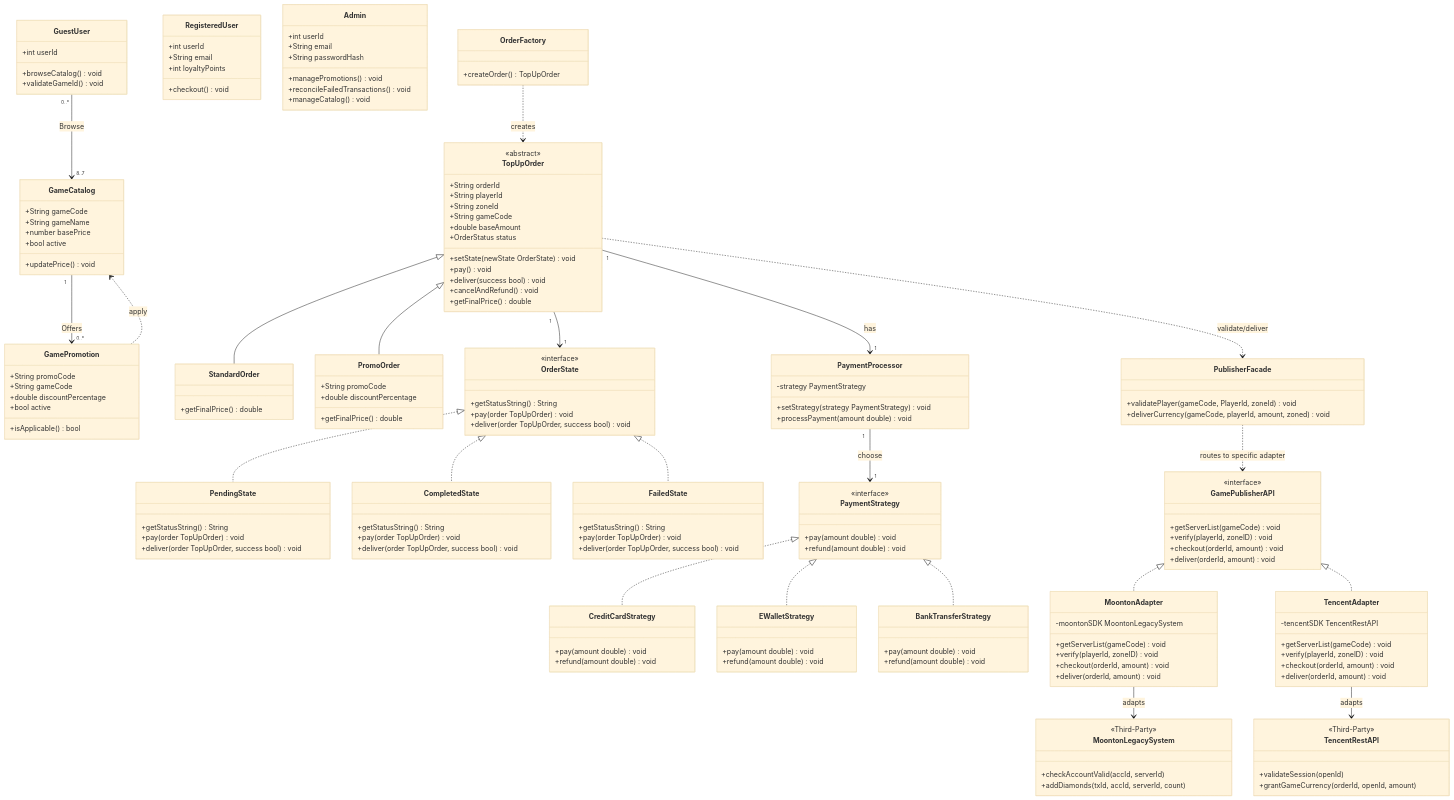
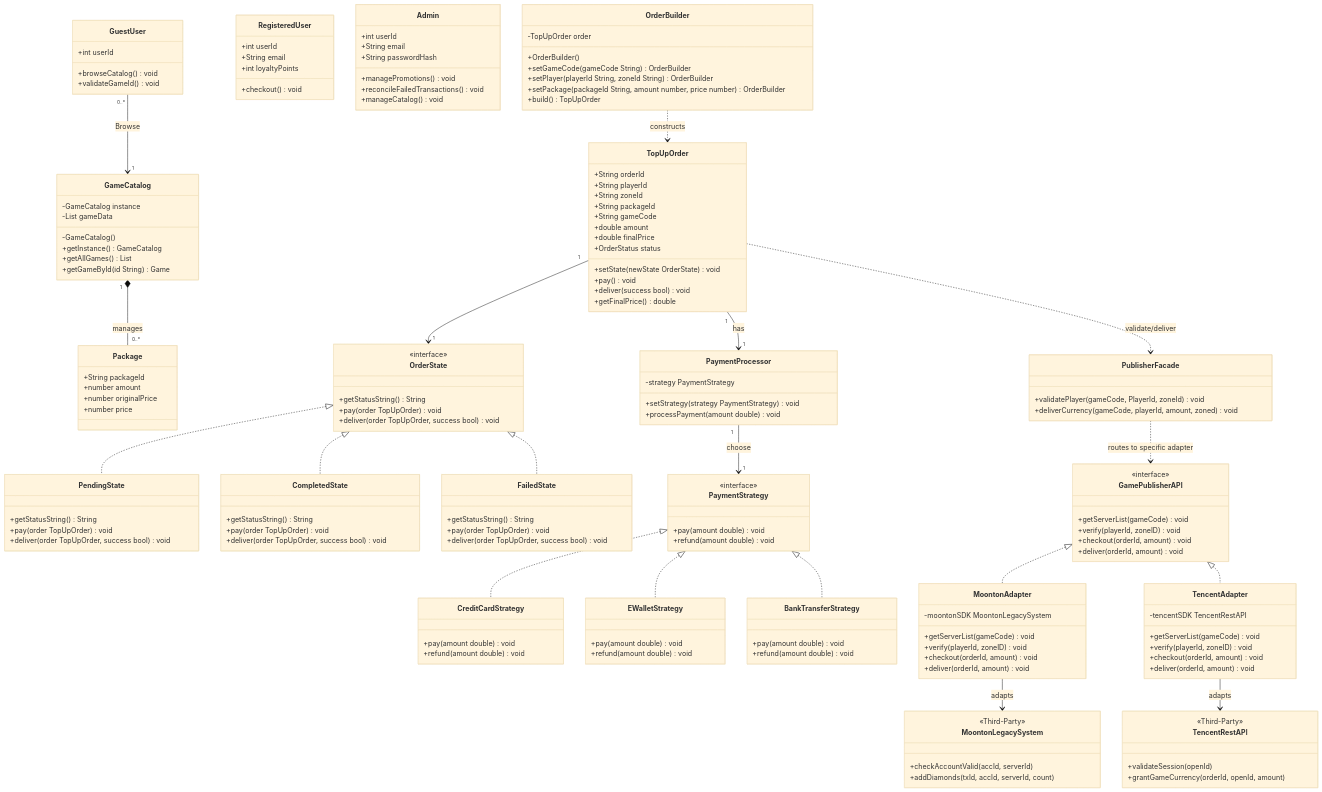
The second of 6 diagrams in Final_UniPin_SDD_Submission.md (ROS-RENDO/Unipin-Final), drawn with Mermaid (base theme) before and after one commit. The commit also changed other lines of this file, not shown here.

Commit message:
Update Final_UniPin_SDD_Submission.md with new Promo scope

```diff
--- a/Final_UniPin_SDD_Submission.md
+++ b/Final_UniPin_SDD_Submission.md
@@ -161,60 +158,52 @@
         +manageCatalog() void
     }
 
-    %% ── GAME CATALOG & PROMOTION ────────────────────
+    %% ── GAME CATALOG — Singleton Pattern ────────────
     class GameCatalog {
-        +String gameCode
-        +String gameName
-        +number basePrice
-        +bool active
-        +updatePrice() void
+        -GameCatalog instance
+        -List gameData
+        -GameCatalog()
+        +getInstance() GameCatalog
+        +getAllGames() List
+        +getGameById(id String) Game
     }
 
-    class GamePromotion {
-        +String promoCode
-        +String gameCode
-        +double discountPercentage
-        +bool active
-        +isApplicable() bool
+    class Package {
+        +String packageId
+        +number amount
+        +number originalPrice
+        +number price
     }
 
-    GuestUser "0..*" --> "8..7" GameCatalog : Browse
-    GameCatalog "1" --> "0..*" GamePromotion : Offers
-    GamePromotion ..> GameCatalog : apply
+    GameCatalog "1" *-- "0..*" Package : manages
+    GuestUser "0..*" --> "1" GameCatalog : Browse
 
-    %% ── ORDER — Factory Method Pattern ──────────
-    class OrderFactory {
-        +createOrder() TopUpOrder
+    %% ── ORDER — Builder Pattern ──────────
+    class OrderBuilder {
+        -TopUpOrder order
+        +OrderBuilder()
+        +setGameCode(gameCode String) OrderBuilder
+        +setPlayer(playerId String, zoneId String) OrderBuilder
+        +setPackage(packageId String, amount number, price number) OrderBuilder
+        +build() TopUpOrder
     }
 
     class TopUpOrder {
-        <<abstract>>
         +String orderId
         +String playerId
         +String zoneId
+        +String packageId
         +String gameCode
-        +double baseAmount
+        +double amount
+        +double finalPrice
         +OrderStatus status
         +setState(newState OrderState) void
         +pay() void
         +deliver(success bool) void
-        +cancelAndRefund() void
         +getFinalPrice() double
     }
 
-    class StandardOrder {
-        +getFinalPrice() double
-    }
-
-    class PromoOrder {
-        +String promoCode
-        +double discountPercentage
-        +getFinalPrice() double
-    }
-
-    TopUpOrder <|-- StandardOrder
-    TopUpOrder <|-- PromoOrder
-    OrderFactory ..> TopUpOrder : creates
+    OrderBuilder ..> TopUpOrder : constructs
 
     %% ── STATE PATTERN ───────────────────────────────
     class OrderState {
```
